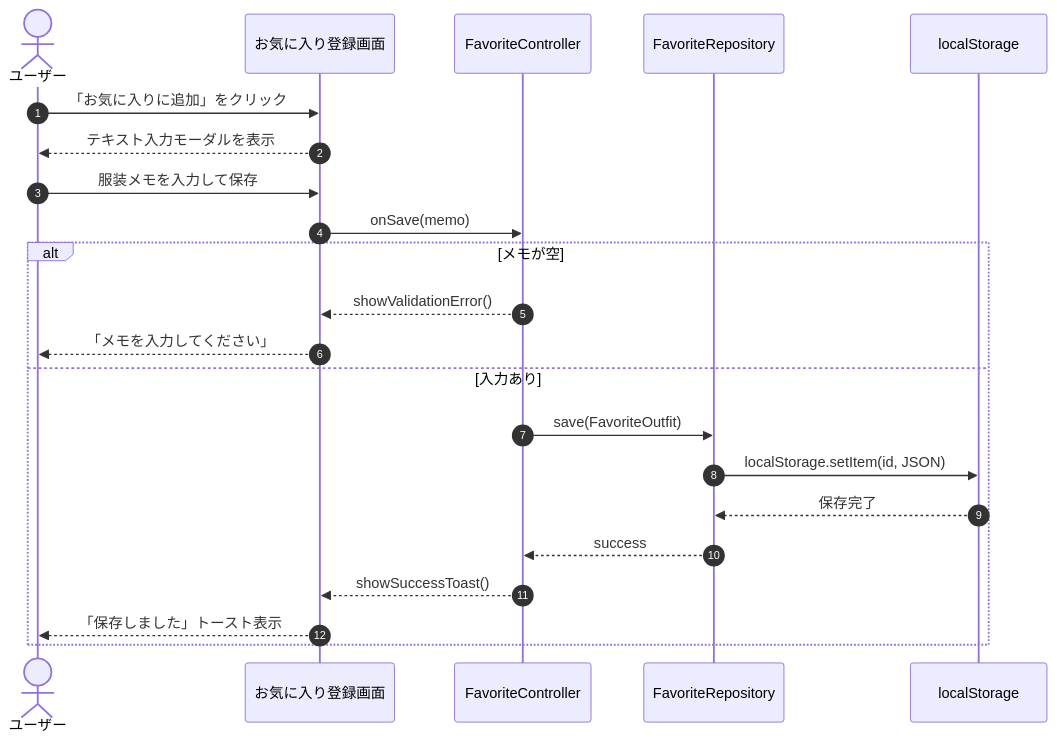
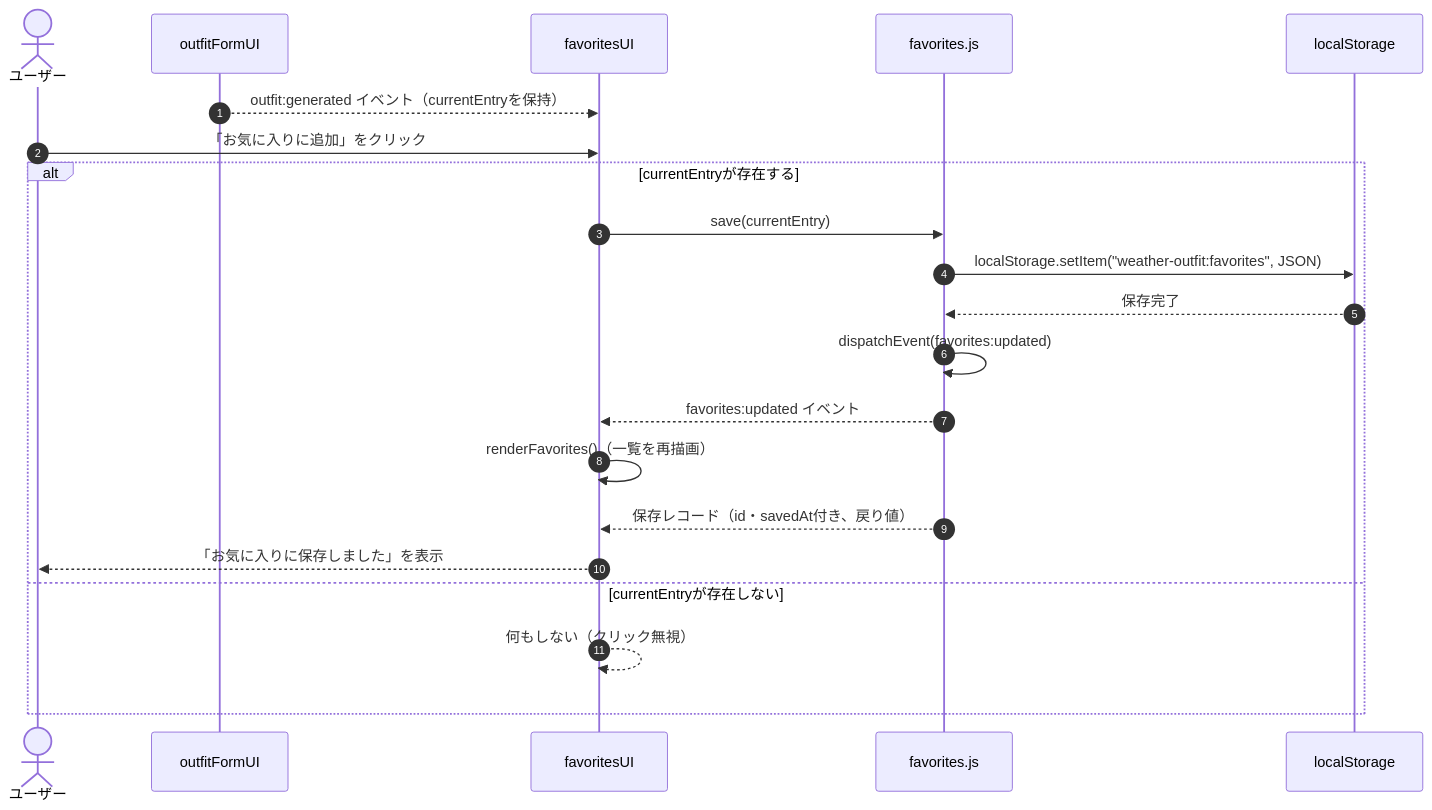
The seventh of 14 diagrams in README.md (tsukushi-81/apri2), drawn with Mermaid before and after one commit. The commit also changed other lines of this file and 8 other files, not shown here.

````diff
--- a/README.md
+++ b/README.md
@@ -395,25 +483,24 @@
 ```mermaid
 sequenceDiagram
   autonumber
   actor User as ユーザー
-  participant UI as お気に入り登録画面
-  participant Ctrl as FavoriteController
-  participant Repo as FavoriteRepository
+  participant FormUI as outfitFormUI
+  participant FavUI as favoritesUI
+  participant Repo as favorites.js
   participant DB as localStorage
 
-  User->>UI: 「お気に入りに追加」をクリック
-  UI-->>User: テキスト入力モーダルを表示
-  User->>UI: 服装メモを入力して保存
-  UI->>Ctrl: onSave(memo)
-  alt メモが空
-    Ctrl-->>UI: showValidationError()
-    UI-->>User: 「メモを入力してください」
-  else 入力あり
-    Ctrl->>Repo: save(FavoriteOutfit)
-    Repo->>DB: localStorage.setItem(id, JSON)
+  FormUI-->>FavUI: outfit:generated イベント（currentEntryを保持）
+  User->>FavUI: 「お気に入りに追加」をクリック
+  alt currentEntryが存在する
+    FavUI->>Repo: save(currentEntry)
+    Repo->>DB: localStorage.setItem("weather-outfit:favorites", JSON)
     DB-->>Repo: 保存完了
-    Repo-->>Ctrl: success
-    Ctrl-->>UI: showSuccessToast()
-    UI-->>User: 「保存しました」トースト表示
+    Repo->>Repo: dispatchEvent(favorites:updated)
+    Repo-->>FavUI: favorites:updated イベント
+    FavUI->>FavUI: renderFavorites()（一覧を再描画）
+    Repo-->>FavUI: 保存レコード（id・savedAt付き、戻り値）
+    FavUI-->>User: 「お気に入りに保存しました」を表示
+  else currentEntryが存在しない
+    FavUI-->>FavUI: 何もしない（クリック無視）
   end
 ```
````
